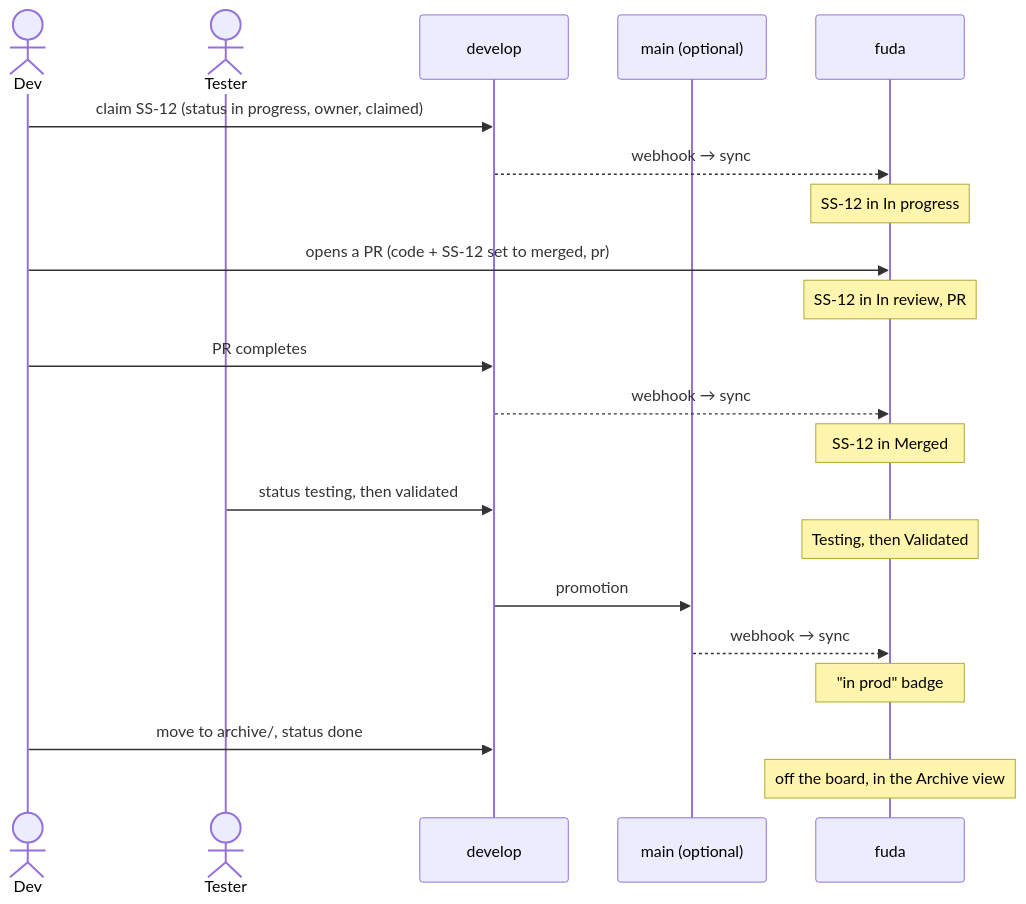
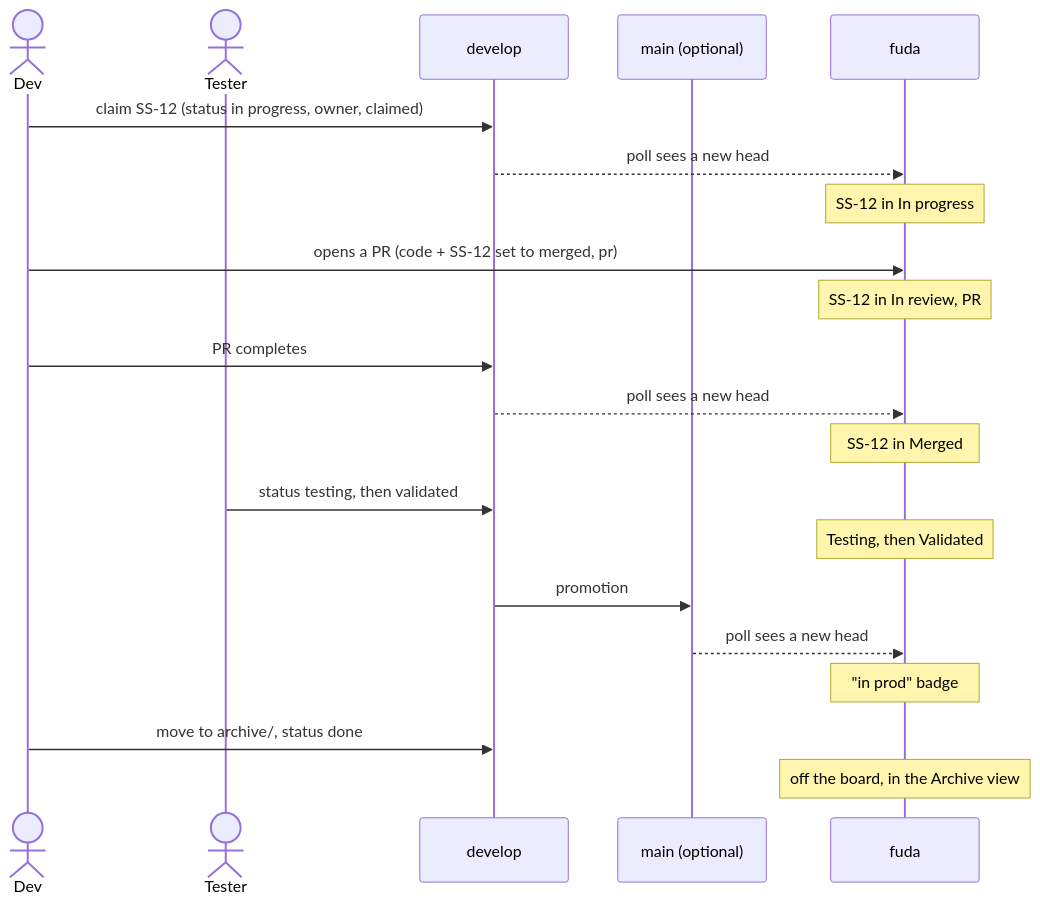
One commit to milos-sikic-nimbus-tech/fuda changed the fifth of 5 diagrams in docs/architecture.md. Above: the diagram before and after it, drawn with Mermaid. The commit also changed other lines of this file and 43 other files, not shown here.

````diff
--- a/docs/architecture.md
+++ b/docs/architecture.md
@@ -169,23 +195,23 @@
 ```mermaid
 sequenceDiagram
   actor Dev
   actor Tester
   participant Develop as develop
   participant Main as main (optional)
   participant Fuda as fuda
   Dev->>Develop: claim SS-12 (status in progress, owner, claimed)
-  Develop-->>Fuda: webhook → sync
+  Develop-->>Fuda: poll sees a new head
   Note over Fuda: SS-12 in In progress
   Dev->>Fuda: opens a PR (code + SS-12 set to merged, pr)
   Note over Fuda: SS-12 in In review, PR #n
   Dev->>Develop: PR completes
-  Develop-->>Fuda: webhook → sync
+  Develop-->>Fuda: poll sees a new head
   Note over Fuda: SS-12 in Merged
   Tester->>Develop: status testing, then validated
   Note over Fuda: Testing, then Validated
   Develop->>Main: promotion
-  Main-->>Fuda: webhook → sync
+  Main-->>Fuda: poll sees a new head
   Note over Fuda: "in prod" badge
   Dev->>Develop: move to archive/, status done
   Note over Fuda: off the board, in the Archive view
 ```
````
